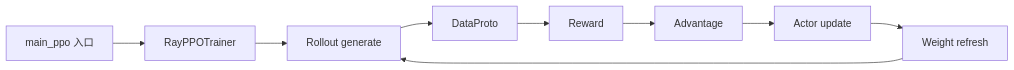
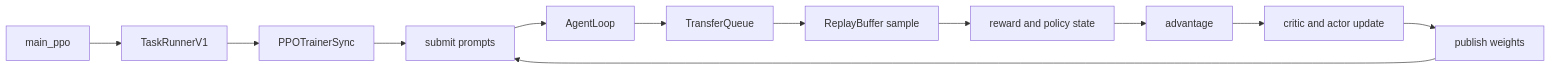
Before and after one commit to suhaibo666/llm-knowledge: the diagram in wiki/02_engineering/04_posttrain_frameworks/verl/10_verl_end_to_end_iteration_analysis.md, drawn with Mermaid. The commit also changed other lines of this file and 19 other files, not shown here.

Commit message:
docs(verl): refresh V1 async and weight sync analysis

````diff
--- a/wiki/02_engineering/04_posttrain_frameworks/verl/10_verl_end_to_end_iteration_analysis.md
+++ b/wiki/02_engineering/04_posttrain_frameworks/verl/10_verl_end_to_end_iteration_analysis.md
@@ -18,11 +18,14 @@
 ```mermaid
 flowchart LR
-    M["main_ppo 入口"] --> T["RayPPOTrainer"]
-    T --> G["Rollout generate"]
-    G --> D["DataProto"]
-    D --> R["Reward"]
-    R --> A["Advantage"]
-    A --> U["Actor update"]
-    U --> W["Weight refresh"]
-    W --> G
+    A["main_ppo"] --> B["TaskRunnerV1"]
+    B --> C["PPOTrainerSync"]
+    C --> D["submit prompts"]
+    D --> E["AgentLoop"]
+    E --> F["TransferQueue"]
+    F --> G["ReplayBuffer sample"]
+    G --> H["reward and policy state"]
+    H --> I["advantage"]
+    I --> J["critic and actor update"]
+    J --> K["publish weights"]
+    K --> D
 ```
````
